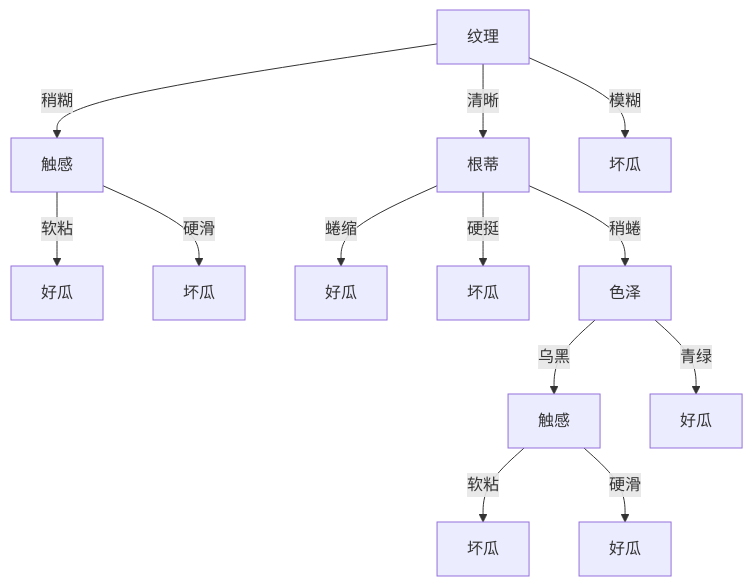
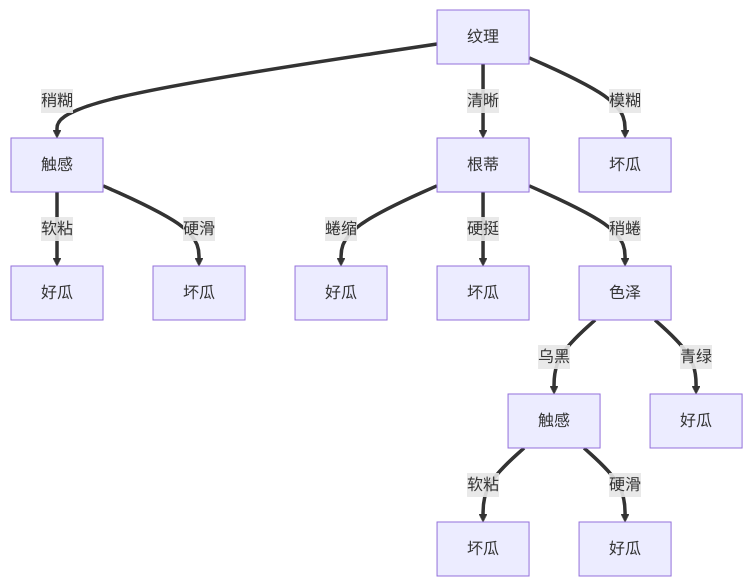
Before and after one commit to OrangeLearning/DecisionTree: the diagram in README.md, drawn with Mermaid. The commit also changed 1 other file, not shown here.

Commit message:
markdown data

````diff
--- a/README.md
+++ b/README.md
@@ -5,28 +5,28 @@
 ```mermaid
 graph TB
 _t0[纹理]
 _t1[触感]
 _t4[根蒂]
 _t12[坏瓜]
 _t2[好瓜]
 _t3[坏瓜]
 _t5[好瓜]
 _t6[坏瓜]
 _t7[色泽]
 _t8[触感]
 _t11[好瓜]
 _t9[坏瓜]
 _t10[好瓜]
-_t0--稍糊-->_t1
-_t0--清晰-->_t4
-_t0--模糊-->_t12
-_t1--软粘-->_t2
-_t1--硬滑-->_t3
-_t4--蜷缩-->_t5
-_t4--硬挺-->_t6
-_t4--稍蜷-->_t7
-_t7--乌黑-->_t8
-_t7--青绿-->_t11
-_t8--软粘-->_t9
-_t8--硬滑-->_t10
+_t0==稍糊==>_t1
+_t0==清晰==>_t4
+_t0==模糊==>_t12
+_t1==软粘==>_t2
+_t1==硬滑==>_t3
+_t4==蜷缩==>_t5
+_t4==硬挺==>_t6
+_t4==稍蜷==>_t7
+_t7==乌黑==>_t8
+_t7==青绿==>_t11
+_t8==软粘==>_t9
+_t8==硬滑==>_t10
 ```
````
